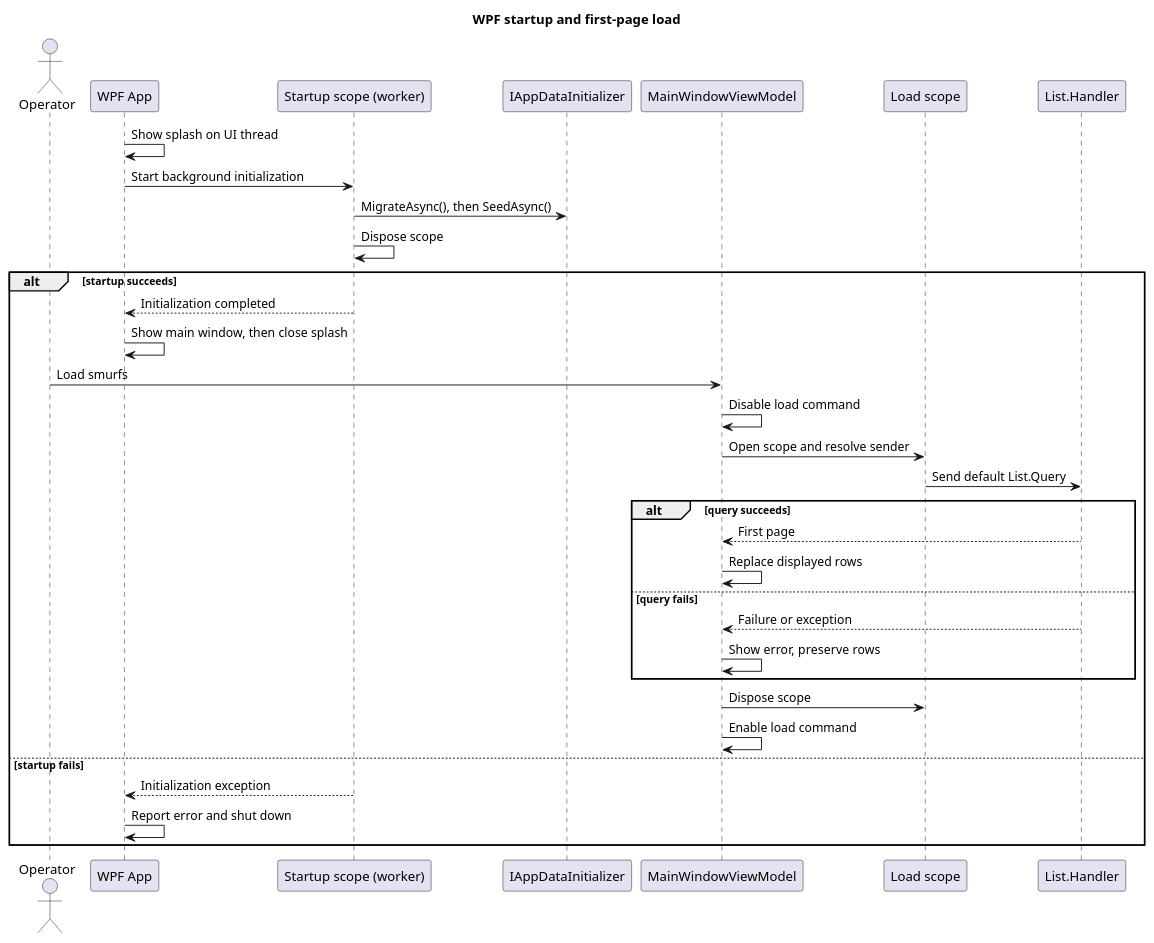
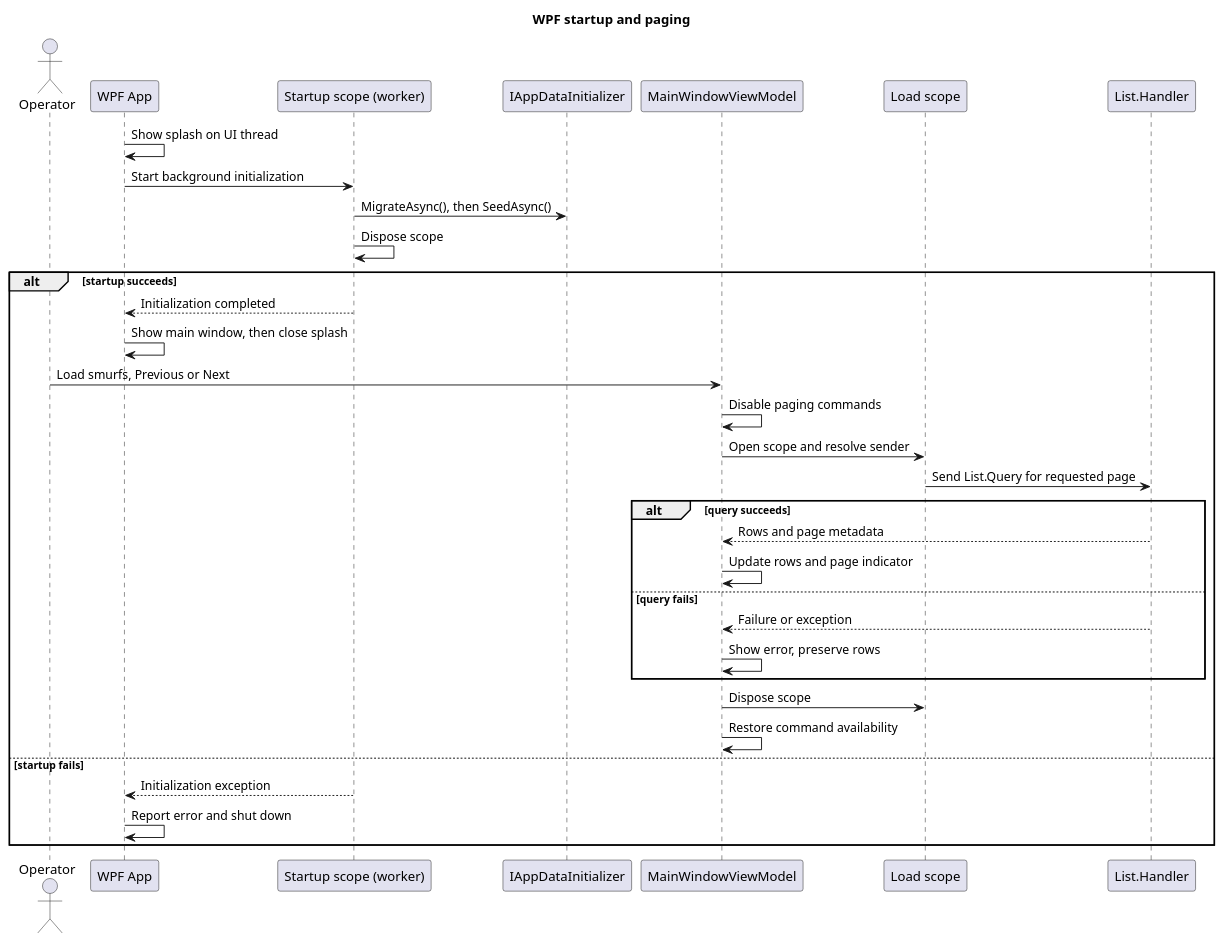
Before and after one commit to EbbeMeloSorensen/Smurfs: the diagram in docs/behavioral/diagrams/wpf-workflow.puml, drawn with PlantUML. The commit also changed 4 other files, not shown here.

Commit message:
paging in wpf by Codex

```diff
--- a/docs/behavioral/diagrams/wpf-workflow.puml
+++ b/docs/behavioral/diagrams/wpf-workflow.puml
@@ -1,35 +1,35 @@
 @startuml
-title WPF startup and first-page load
+title WPF startup and paging
 actor Operator
 participant "WPF App" as App
 participant "Startup scope (worker)" as Setup
 participant IAppDataInitializer as Initializer
 participant MainWindowViewModel as ViewModel
 participant "Load scope" as Load
 participant "List.Handler" as Handler
 
 App -> App : Show splash on UI thread
 App -> Setup : Start background initialization
 Setup -> Initializer : MigrateAsync(), then SeedAsync()
 Setup -> Setup : Dispose scope
 alt startup succeeds
   Setup --> App : Initialization completed
   App -> App : Show main window, then close splash
-  Operator -> ViewModel : Load smurfs
-  ViewModel -> ViewModel : Disable load command
+  Operator -> ViewModel : Load smurfs, Previous or Next
+  ViewModel -> ViewModel : Disable paging commands
   ViewModel -> Load : Open scope and resolve sender
-  Load -> Handler : Send default List.Query
+  Load -> Handler : Send List.Query for requested page
   alt query succeeds
-    Handler --> ViewModel : First page
-    ViewModel -> ViewModel : Replace displayed rows
+    Handler --> ViewModel : Rows and page metadata
+    ViewModel -> ViewModel : Update rows and page indicator
   else query fails
     Handler --> ViewModel : Failure or exception
     ViewModel -> ViewModel : Show error, preserve rows
   end
   ViewModel -> Load : Dispose scope
-  ViewModel -> ViewModel : Enable load command
+  ViewModel -> ViewModel : Restore command availability
 else startup fails
   Setup --> App : Initialization exception
   App -> App : Report error and shut down
 end
 @enduml
```
